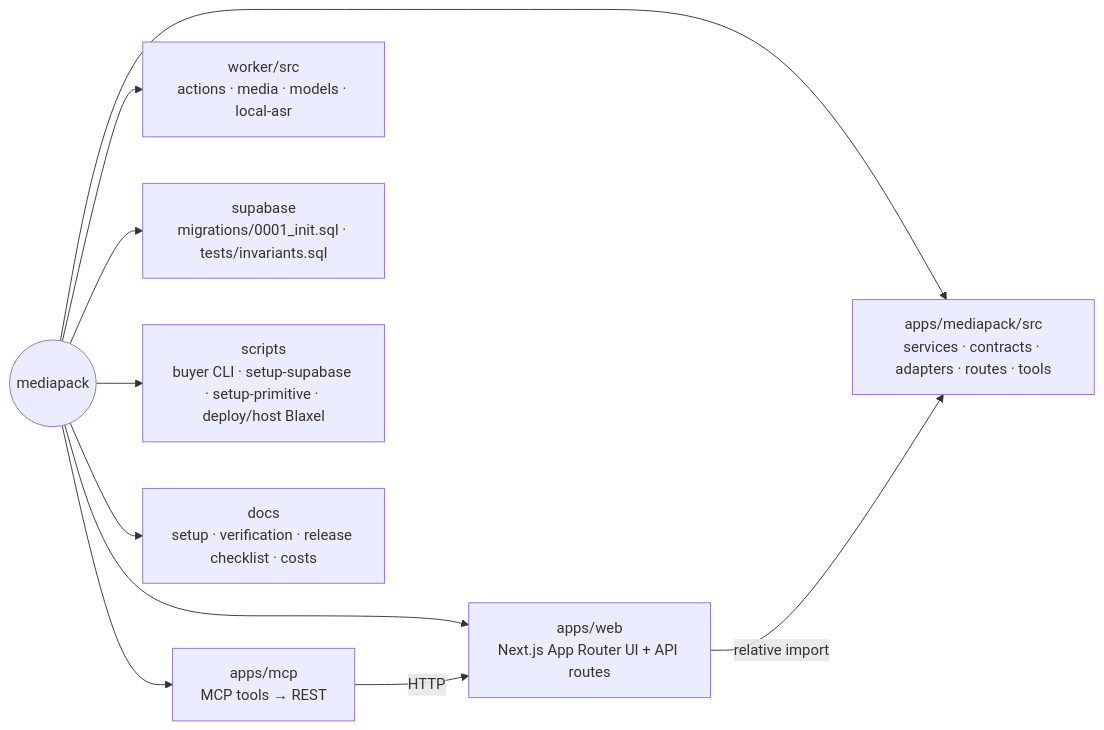
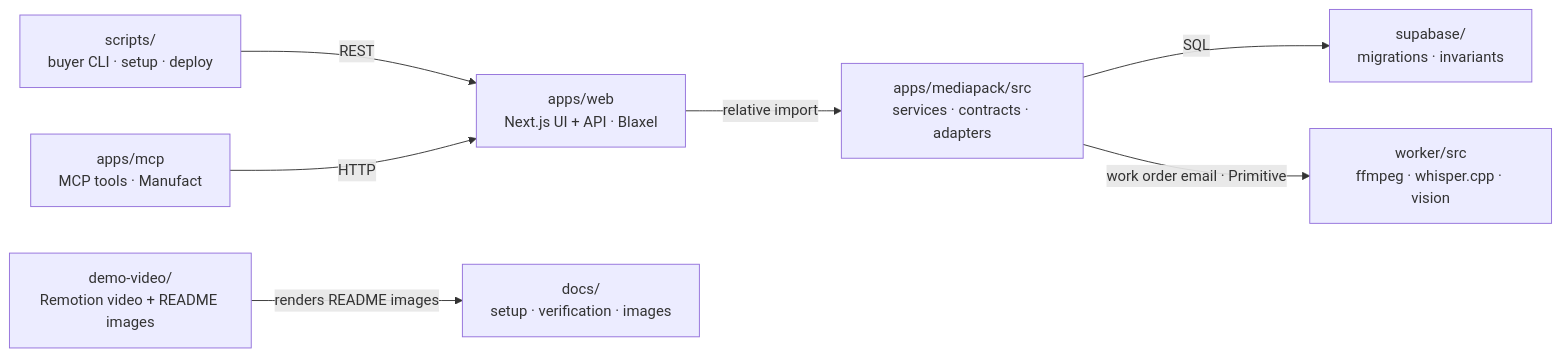
The fifth of 5 diagrams in README.md (ankitshah009/mediapack), drawn with Mermaid before and after one commit. The commit also changed other lines of this file, not shown here.

First line of the commit message:
docs: fix README diagrams that failed or rendered poorly on GitHub

````diff
--- a/README.md
+++ b/README.md
@@ -152,13 +149,11 @@
 ```mermaid
 flowchart LR
-  root((mediapack))
-  root --> web[apps/web<br/>Next.js App Router UI + API routes]
-  root --> core[apps/mediapack/src<br/>services · contracts · adapters · routes · tools]
-  root --> mcp[apps/mcp<br/>MCP tools → REST]
-  root --> wk[worker/src<br/>actions · media · models · local-asr]
-  root --> sb[supabase<br/>migrations/0001_init.sql · tests/invariants.sql]
-  root --> sc[scripts<br/>buyer CLI · setup-supabase · setup-primitive · deploy/host Blaxel]
-  root --> dc[docs<br/>setup · verification · release checklist · costs]
-  web -->|relative import| core
-  mcp -->|HTTP| web
+  scripts["scripts/<br/>buyer CLI · setup · deploy"] -->|REST| web
+  mcp["apps/mcp<br/>MCP tools · Manufact"] -->|HTTP| web["apps/web<br/>Next.js UI + API · Blaxel"]
+  web -->|relative import| core["apps/mediapack/src<br/>services · contracts · adapters"]
+  core -->|SQL| sb["supabase/<br/>migrations · invariants"]
+  core -->|work order email · Primitive| worker["worker/src<br/>ffmpeg · whisper.cpp · vision"]
+  video["demo-video/<br/>Remotion video + README images"]
+  docs["docs/<br/>setup · verification · images"]
+  video -->|renders README images| docs
 ```
````
